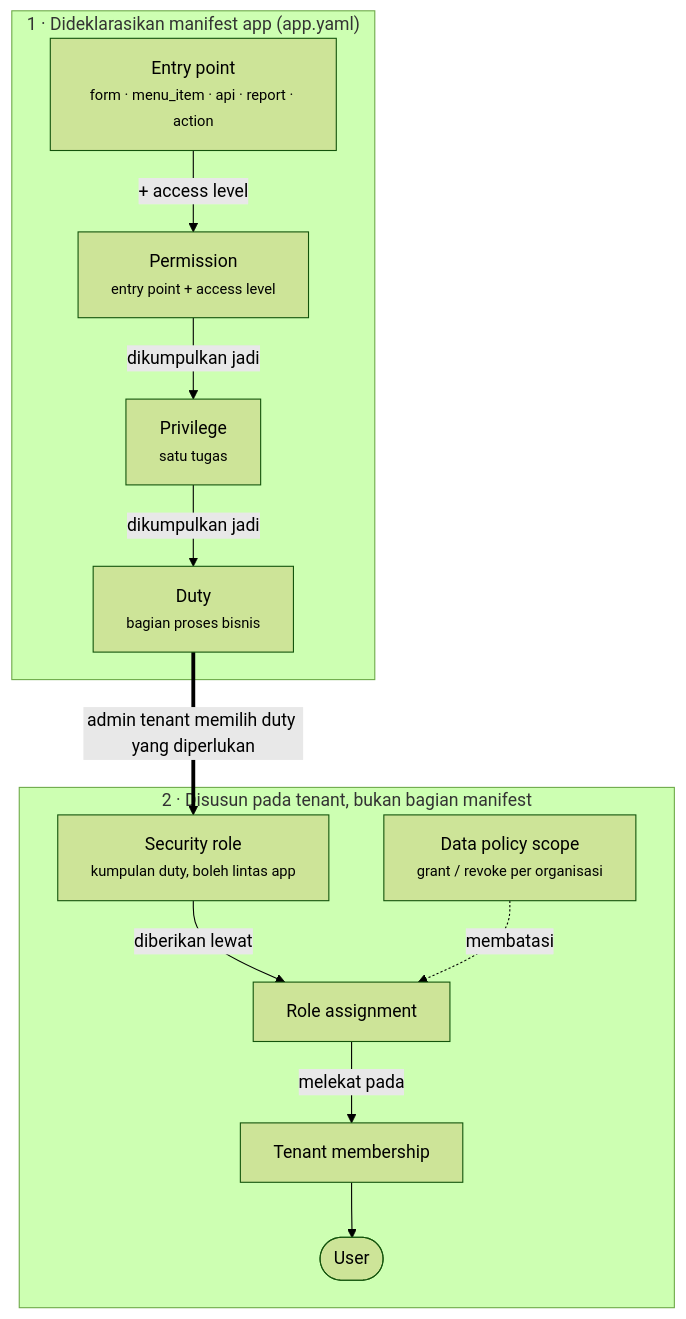
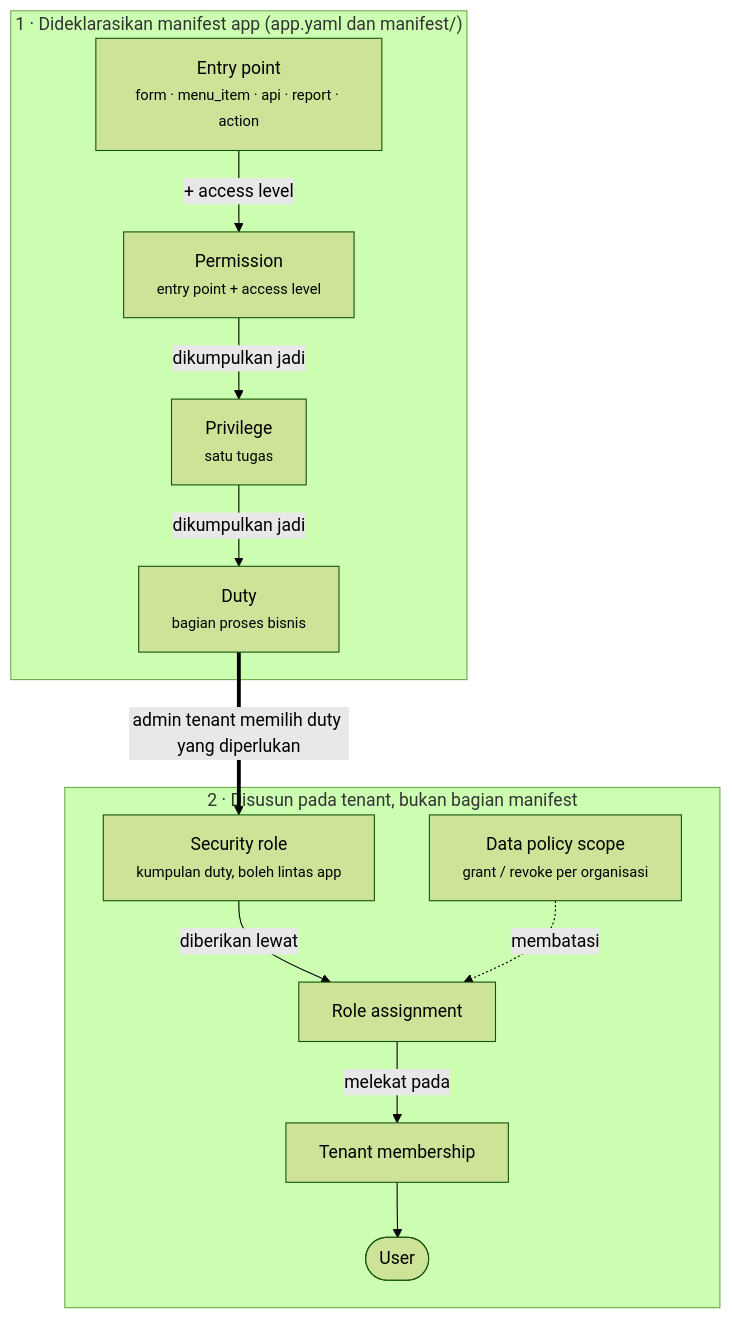
One commit to MettaDevs/coreERP changed the diagram in docs/dev/19-transaction-security-chain.md. Above: the diagram before and after it, drawn with Mermaid (forest theme). The commit also changed 75 other files, not shown here.

````diff
--- a/docs/dev/19-transaction-security-chain.md
+++ b/docs/dev/19-transaction-security-chain.md
@@ -9,26 +9,26 @@
 ```mermaid
 flowchart TD
-    subgraph M["1 · Dideklarasikan manifest app (app.yaml)"]
+    subgraph M["1 · Dideklarasikan manifest app (app.yaml dan manifest/)"]
         EP["Entry point<br/><small>form · menu_item · api · report · action</small>"]
         PM["Permission<br/><small>entry point + access level</small>"]
         PV["Privilege<br/><small>satu tugas</small>"]
         DT["Duty<br/><small>bagian proses bisnis</small>"]
         EP -->|"+ access level"| PM
         PM -->|dikumpulkan jadi| PV
         PV -->|dikumpulkan jadi| DT
     end
 
     subgraph T["2 · Disusun pada tenant, bukan bagian manifest"]
         SR["Security role<br/><small>kumpulan duty, boleh lintas app</small>"]
         RA["Role assignment"]
         DP["Data policy scope<br/><small>grant / revoke per organisasi</small>"]
         MB["Tenant membership"]
         US(["User"])
         SR -->|diberikan lewat| RA
         RA -->|melekat pada| MB
         MB --> US
         DP -.->|membatasi| RA
     end
 
     DT ==>|admin tenant memilih duty yang diperlukan| SR
 ```
````
